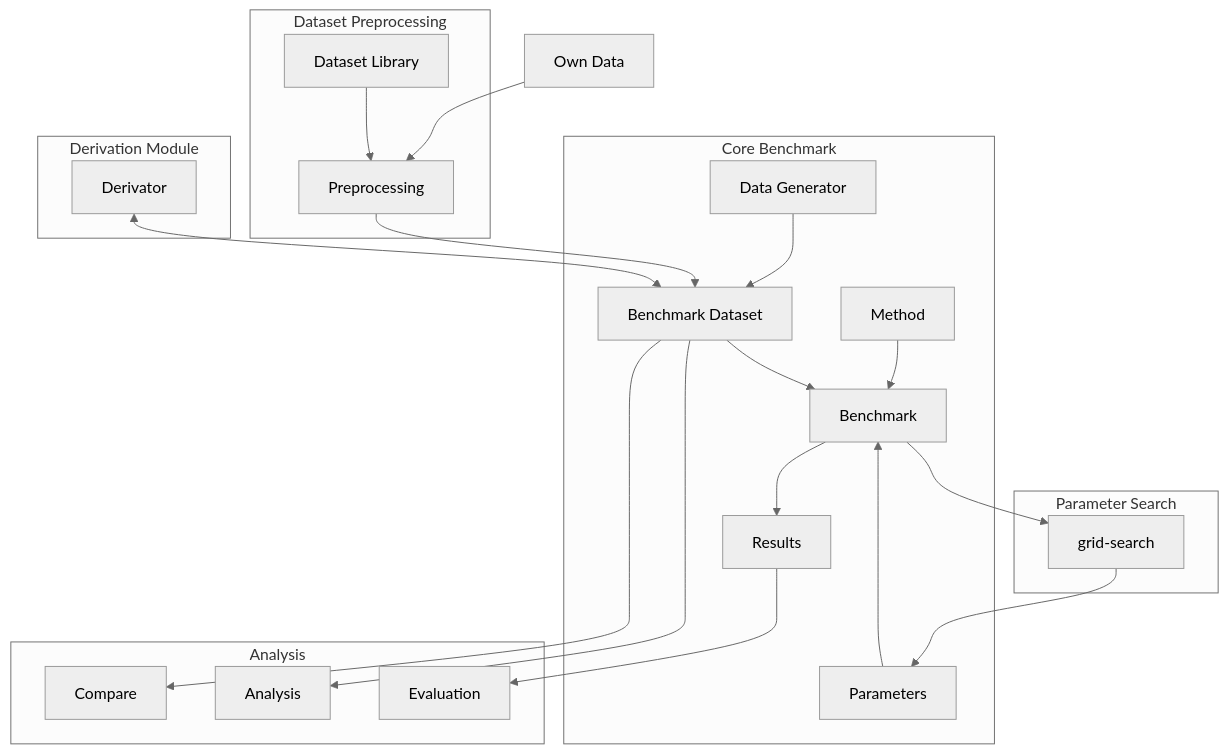
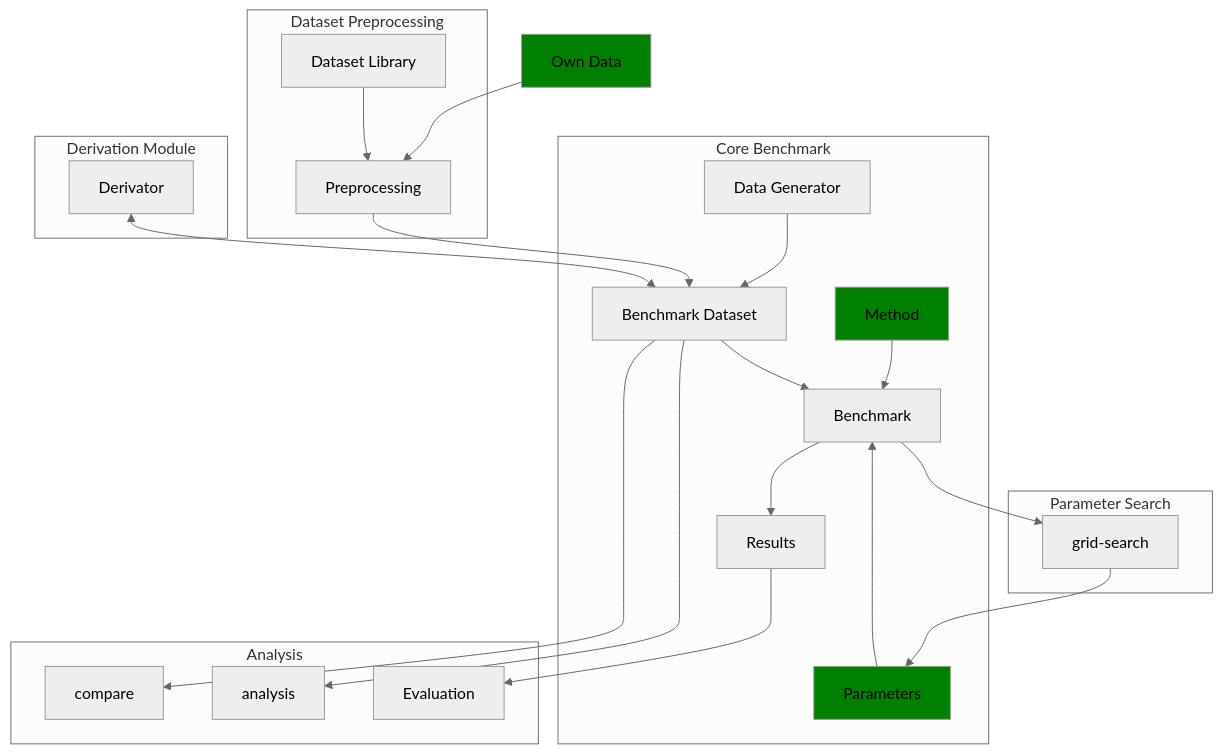
One commit to TUMT2022/LDIMBenchmark changed the diagram in docs/story/index.md. Above: the diagram before and after it, drawn with Mermaid (neutral theme).

````diff
--- a/docs/story/index.md
+++ b/docs/story/index.md
@@ -1,35 +1,40 @@
 ```mermaid
 graph TD;
   own_dataset[Own Data]-->preprocessing[Preprocessing];
-
+  
   subgraph Core Benchmark
     generator[Data Generator]-->dataset;
 
     method[Method] --> benchmark
     parameters[Parameters] --> benchmark
     dataset-->benchmark[Benchmark];
 
     benchmark-->results[Results];
   end
 
   subgraph Dataset Preprocessing
     download[Dataset Library]-->preprocessing[Preprocessing];
     preprocessing-->dataset[Benchmark Dataset];
   end
 
   subgraph Parameter Search
     benchmark --> grid-search
     grid-search --> parameters
   end
 
   subgraph Derivation Module
      derivator[Derivator] <--> dataset
 
   end
 
   subgraph Analysis
-    dataset --> compare[Compare]
-    dataset --> analysis[Analysis]
+    dataset --> compare
+    dataset --> analysis
     results-->evaluation[Evaluation];
+    %% benchmark --> evaluation
+
   end
+style own_dataset fill:green
+style method fill:green
+style parameters fill:green
 ```
````
